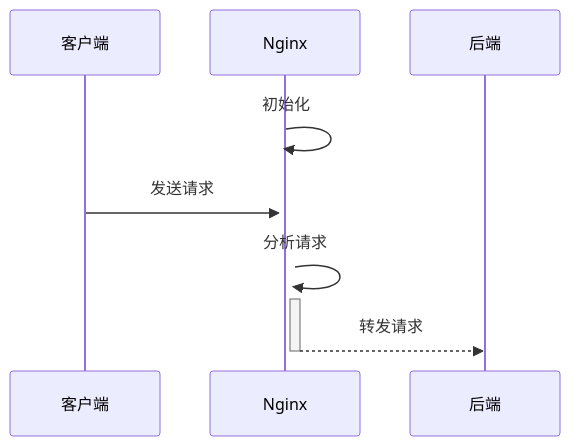
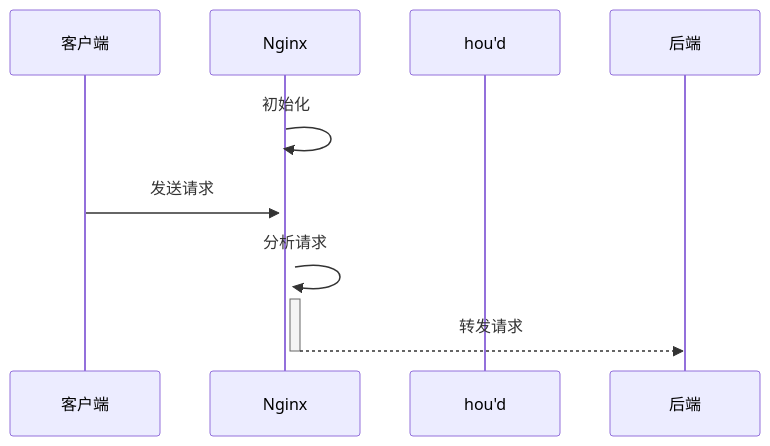
Before and after one commit to HY-10-8/iodraw-files: the diagram in all/未命名-7.md, drawn with Mermaid.

Commit message:
2026-11-18 11:13:38 update

````diff
--- a/all/未命名-7.md
+++ b/all/未命名-7.md
@@ -1,10 +1,11 @@
 ```mermaid
 sequenceDiagram
-       participant 客户端
+    participant 客户端
     participant Nginx
+    participant hou'd
     Nginx->>+Nginx: 初始化
     客户端->>+Nginx: 发送请求
     Nginx->>+Nginx: 分析请求
     Nginx-->>-后端: 转发请求
             
 ```
````
